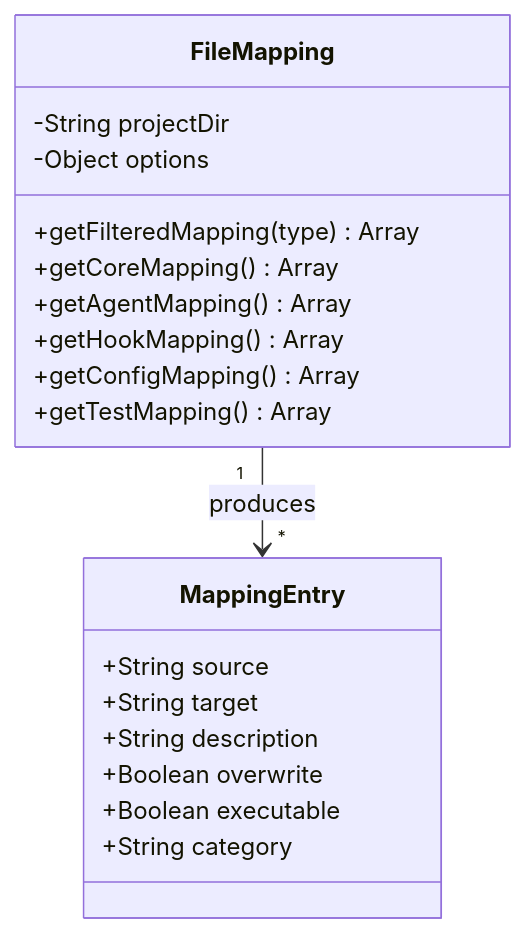
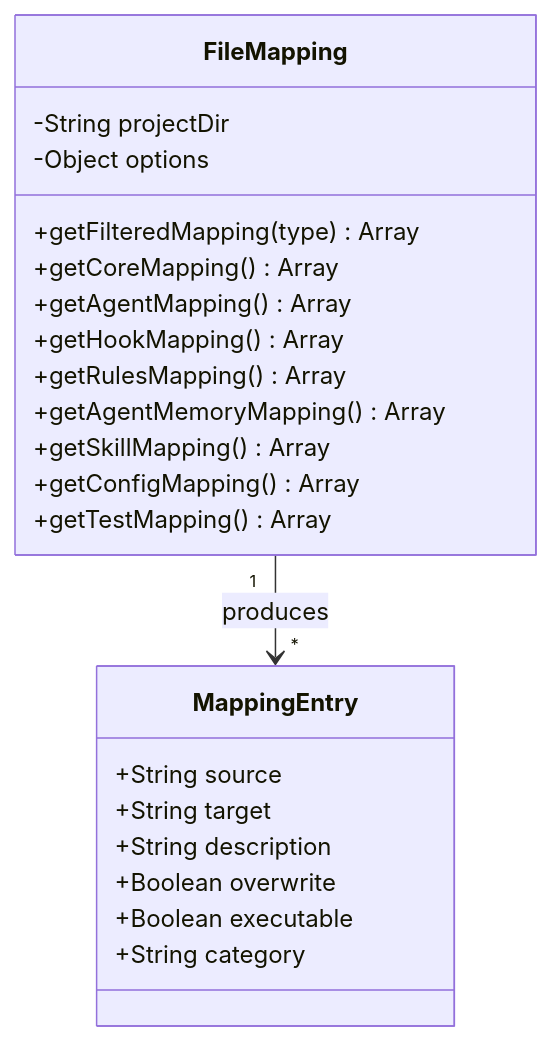
One commit to gkastanis/drupal-claude-code-sub-agent-collective changed the third of 16 diagrams in docs/INSTALLATION.md. Above: the diagram before and after it, drawn with Mermaid. The commit also changed other lines of this file and 60 other files, not shown here.

````diff
--- a/docs/INSTALLATION.md
+++ b/docs/INSTALLATION.md
@@ -107,24 +111,27 @@
 ```mermaid
 classDiagram
     class FileMapping {
         -String projectDir
         -Object options
         +getFilteredMapping(type) Array
         +getCoreMapping() Array
         +getAgentMapping() Array
         +getHookMapping() Array
+        +getRulesMapping() Array
+        +getAgentMemoryMapping() Array
+        +getSkillMapping() Array
         +getConfigMapping() Array
         +getTestMapping() Array
     }
 
     class MappingEntry {
         +String source
         +String target
         +String description
         +Boolean overwrite
         +Boolean executable
         +String category
     }
 
     FileMapping "1" --> "*" MappingEntry : produces
 ```
````
